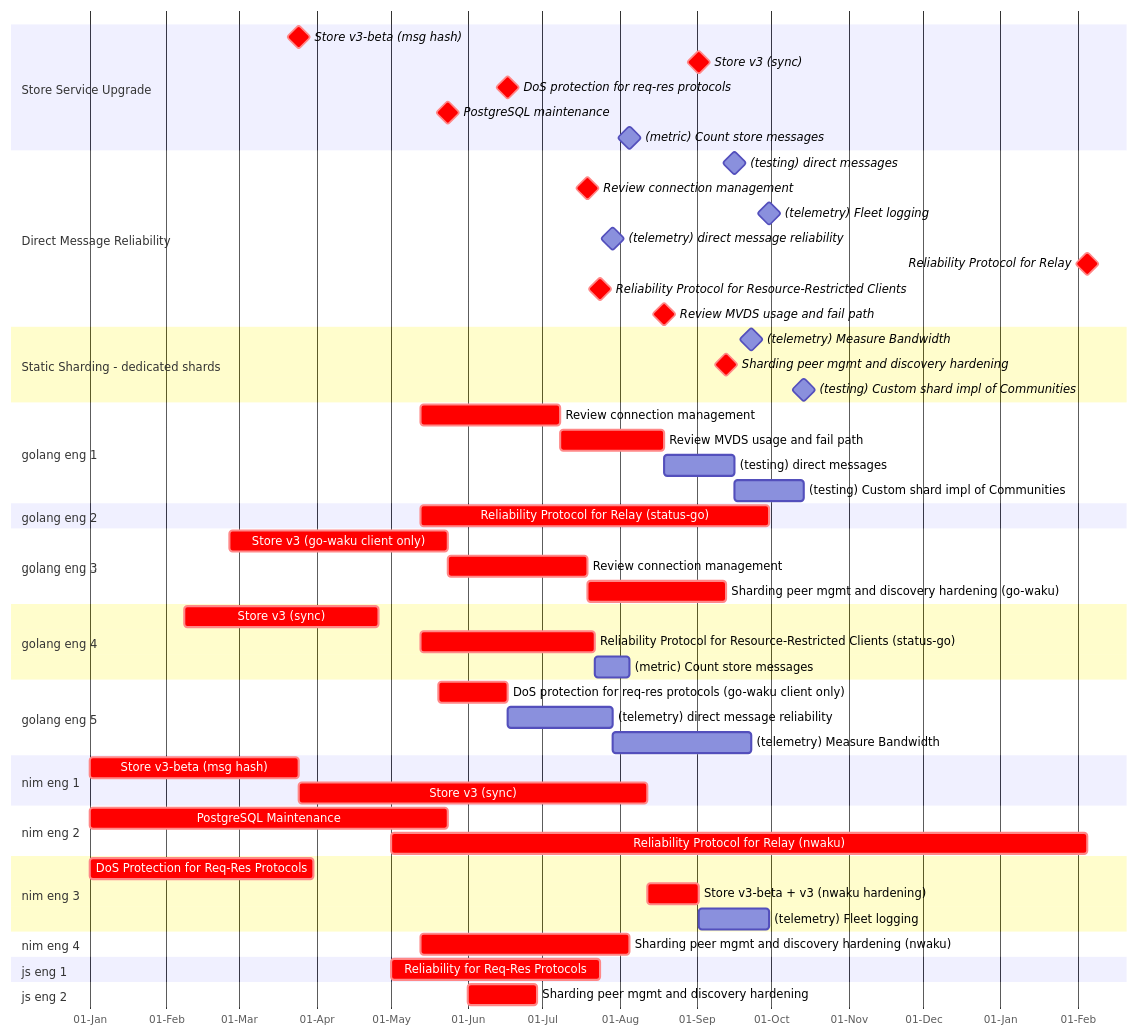
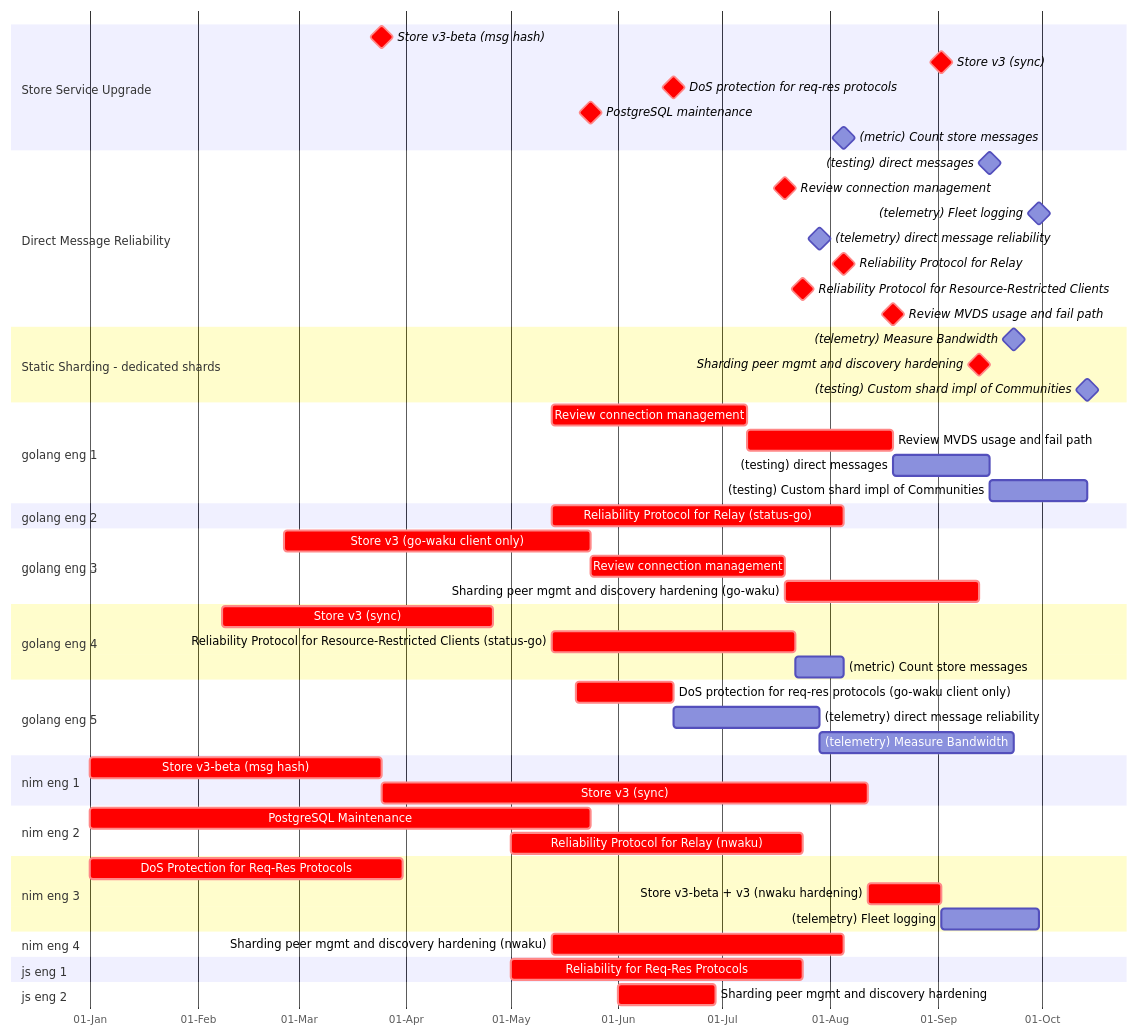
The diagram in content/waku/2024-gantt.md (logos-co/roadmap), drawn with Mermaid before and after one commit.

Commit message:
Estimates

```diff
--- a/content/waku/2024-gantt.md
+++ b/content/waku/2024-gantt.md
@@ -37,7 +37,8 @@
         (telemetry) Measure Bandwidth: milestone, after telem-bandwidth, 0
         Sharding peer mgmt and discovery hardening: crit, milestone, after sh-peer-mgmt-j sh-peer-mgmt-n sh-peer-mgmt-g, 0
         (testing) Custom shard impl of Communities: milestone, after test-custom-shard, 0
-    
+
+%% Tasks
     section golang eng 1
         %% Estimation TBC
         Review connection management: crit, review-conn-mgmt-1, 2024-05-13, 8w
@@ -48,8 +49,7 @@
         %% Estimate TBC
         (testing) Custom shard impl of Communities: test-custom-shard, after test-direct-msg, 4w 
     section golang eng 2
-        %% Estimation TBC
-        Reliability Protocol for Relay (status-go): crit, rel-relay-g, 2024-05-13, 20w
+        Reliability Protocol for Relay (status-go): crit, rel-relay-g, 2024-05-13, 12w
     section golang eng 3
         Store v3 (go-waku client only): crit, storev3-g, 2024-02-26, 2024-05-24
         %% Estimate TBC - assuming parallel work possible
@@ -78,8 +78,7 @@
         Store v3 (sync): crit, storev3-r, after storev3-br, 20w
     section nim eng 2
         PostgreSQL Maintenance: crit, pgsql, 2024-01-01, 2024-05-24
-        %% TBC estimate
-        Reliability Protocol for Relay (nwaku): crit, rel-relay-n, 2024-05-01, 40w
+        Reliability Protocol for Relay (nwaku): crit, rel-relay-n, 2024-05-01, 12w
     section nim eng 3
         %% TBC estimate/end
         DoS Protection for Req-Res Protocols: crit, dosreqresn, 2024-01-01, 90d
```
